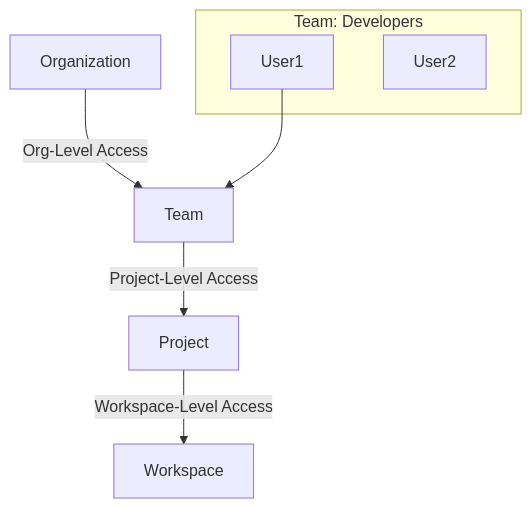
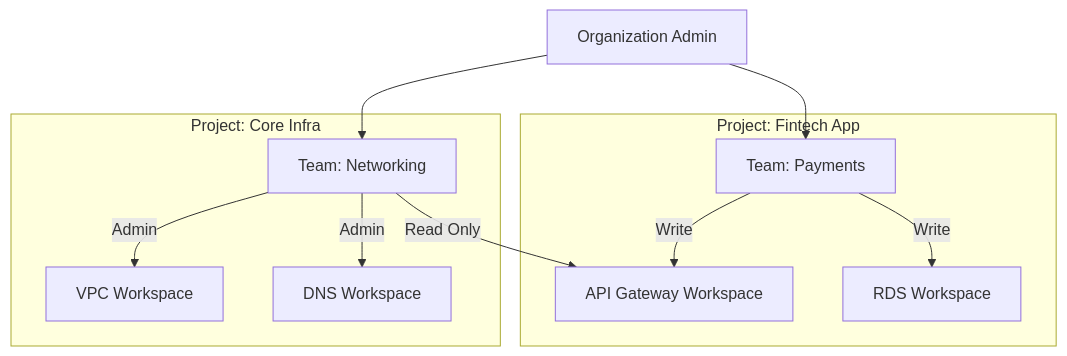
One commit to Ganil151/Devops changed the diagram in 2-Intermediate/02-Phase-2/05-Configuration-Tools/01-Terraform/06-Terraform-Cloud/08-Governance-and-RBAC/README.md. Above: the diagram before and after it, drawn with Mermaid. The commit also changed other lines of this file and 48 other files, not shown here.

````diff
--- a/2-Intermediate/02-Phase-2/05-Configuration-Tools/01-Terraform/06-Terraform-Cloud/08-Governance-and-RBAC/README.md
+++ b/2-Intermediate/02-Phase-2/05-Configuration-Tools/01-Terraform/06-Terraform-Cloud/08-Governance-and-RBAC/README.md
@@ -9,13 +13,16 @@
 ```mermaid
 graph TD
-    Org[Organization] -->|Org-Level Access| Team[Team]
-    Team -->|Project-Level Access| Proj[Project]
-    Proj -->|Workspace-Level Access| WS[Workspace]
+    Org[Organization Admin] --> TeamA[Team: Networking]
+    Org --> TeamB[Team: Payments]
 
-subgraph "Team: Developers"
-        User1
-        User2
+    subgraph "Project: Core Infra"
+        TeamA -->|Admin| VPC[VPC Workspace]
+        TeamA -->|Admin| DNS[DNS Workspace]
     end
 
-User1 --> Team
+    subgraph "Project: Fintech App"
+        TeamB -->|Write| API[API Gateway Workspace]
+        TeamB -->|Write| DB[RDS Workspace]
+        TeamA -->|Read Only| API
+    end
 ```
````
